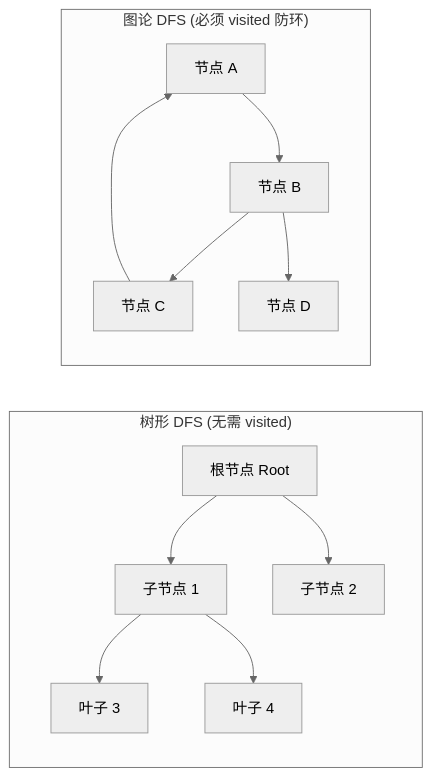
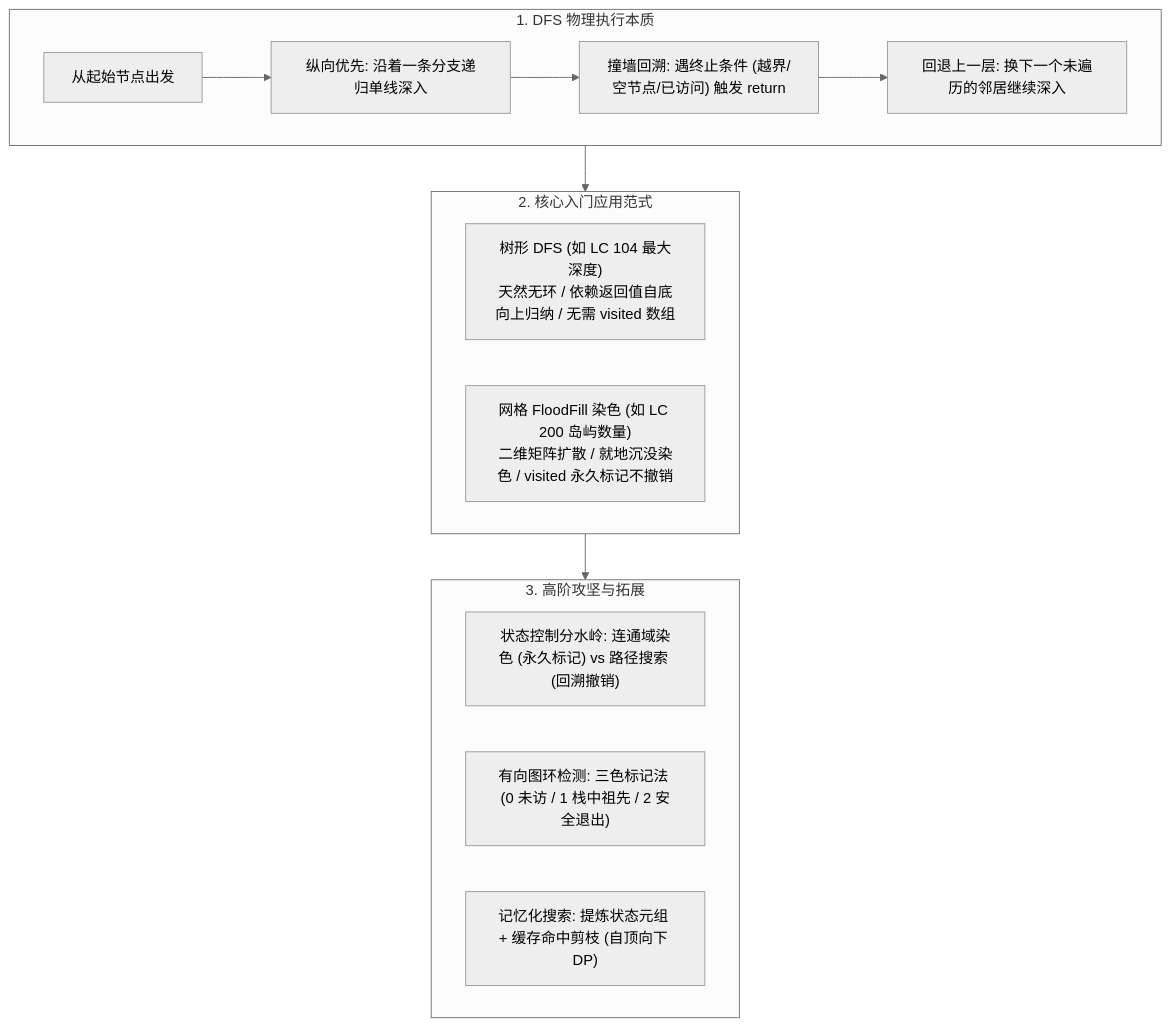
The diagram in 30-算法与数据结构/02-算法思想/06-DFS深度优先.md (GuoWWWX/knowledge-base), drawn with Mermaid (neutral theme) before and after one commit. The commit also changed other lines of this file and 2 other files, not shown here.

Commit message:
docs(algo): 统一定制 05递归分治、06DFS、07BFS 文档为'概念-骨架-经典入门题-进阶拓展'的黄金教学体系

````diff
--- a/30-算法与数据结构/02-算法思想/06-DFS深度优先.md
+++ b/30-算法与数据结构/02-算法思想/06-DFS深度优先.md
@@ -25,16 +23,24 @@
 ```mermaid
-flowchart LR
-    subgraph TreeDFS["树形 DFS (无需 visited)"]
-        TR["根节点 Root"] --> T1["子节点 1"]
-        TR --> T2["子节点 2"]
-        T1 --> T3["叶子 3"]
-        T1 --> T4["叶子 4"]
+flowchart TD
+    subgraph CoreFlow["1. DFS 物理执行本质"]
+        A["从起始节点出发"] --> B["纵向优先: 沿着一条分支递归单线深入"]
+        B --> C["撞墙回溯: 遇终止条件 (越界/空节点/已访问) 触发 return"]
+        C --> D["回退上一层: 换下一个未遍历的邻居继续深入"]
     end
 
-    subgraph GraphDFS["图论 DFS (必须 visited 防环)"]
-        G1["节点 A"] --> G2["节点 B"]
-        G2 --> G3["节点 C"]
-        G3 --> G1
-        G2 --> G4["节点 D"]
+    subgraph TwoScenes["2. 核心入门应用范式"]
+        T1["树形 DFS (如 LC 104 最大深度)
+天然无环 / 依赖返回值自底向上归纳 / 无需 visited 数组"]
+        T2["网格 FloodFill 染色 (如 LC 200 岛屿数量)
+二维矩阵扩散 / 就地沉没染色 / visited 永久标记不撤销"]
     end
+
+    subgraph Advanced["3. 高阶攻坚与拓展"]
+        P1["状态控制分水岭: 连通域染色 (永久标记) vs 路径搜索 (回溯撤销)"]
+        P2["有向图环检测: 三色标记法 (0 未访 / 1 栈中祖先 / 2 安全退出)"]
+        P3["记忆化搜索: 提炼状态元组 + 缓存命中剪枝 (自顶向下 DP)"]
+    end
+
+    CoreFlow --> TwoScenes
+    TwoScenes --> Advanced
 ```
````
